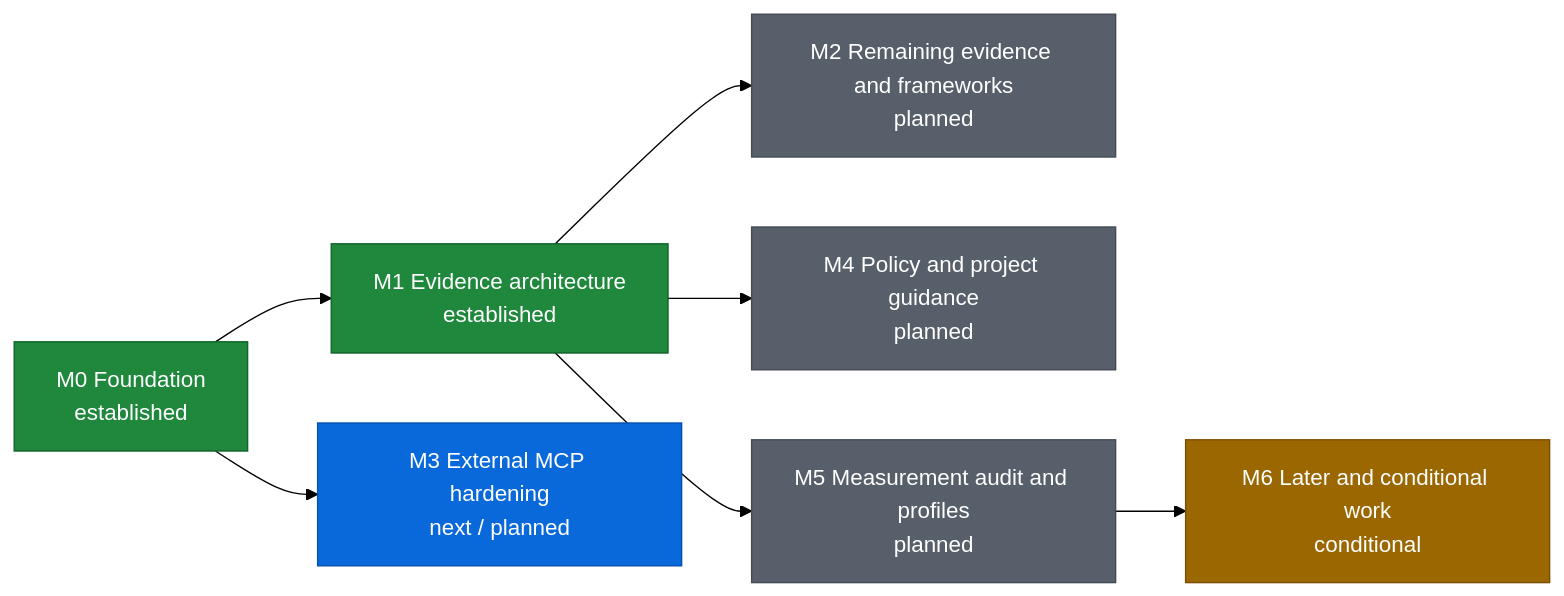
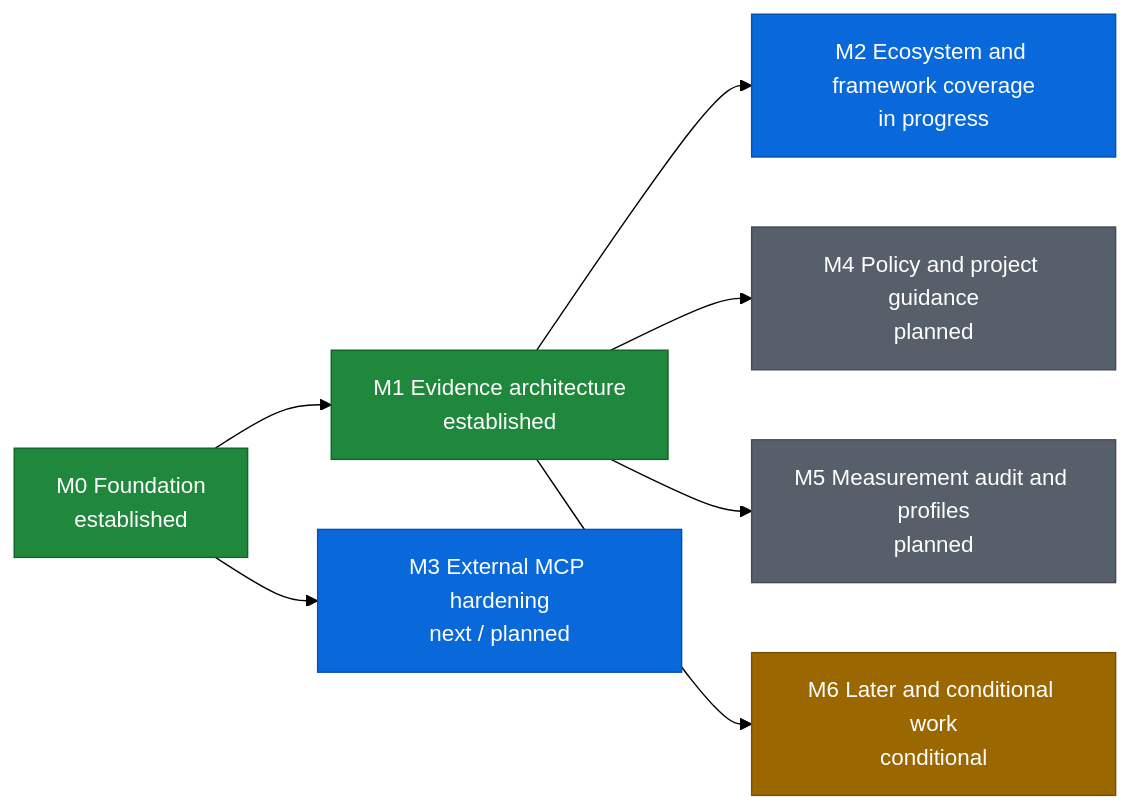
The diagram in ROADMAP.md (xeonvs/open-code-review-toolkit), drawn with Mermaid (forest theme) before and after one commit. The commit also changed other lines of this file and 71 other files, not shown here.

Commit message:
Add M2 ecosystem and framework coverage (#77)

````diff
--- a/ROADMAP.md
+++ b/ROADMAP.md
@@ -8,19 +8,20 @@
 ```mermaid
 flowchart LR
     M0["M0 Foundation<br/>established"] --> M1["M1 Evidence architecture<br/>established"]
     M0 --> M3["M3 External MCP hardening<br/>next / planned"]
-    M1 --> M2["M2 Remaining evidence and frameworks<br/>planned"]
+    M1 --> M2["M2 Ecosystem and framework coverage<br/>in progress"]
     M1 --> M4["M4 Policy and project guidance<br/>planned"]
     M1 --> M5["M5 Measurement audit and profiles<br/>planned"]
-    M5 --> M6["M6 Later and conditional work<br/>conditional"]
+    M1 --> M6["M6 Later and conditional work<br/>conditional"]
 
     classDef established fill:#1f883d,stroke:#116329,color:#ffffff
     classDef next fill:#0969da,stroke:#0550ae,color:#ffffff
     classDef planned fill:#57606a,stroke:#424a53,color:#ffffff
     classDef conditional fill:#9a6700,stroke:#7d4e00,color:#ffffff
 
     class M0,M1 established
     class M3 next
-    class M2,M4,M5 planned
+    class M4,M5 planned
+    class M2 next
     class M6 conditional
 ```
````
